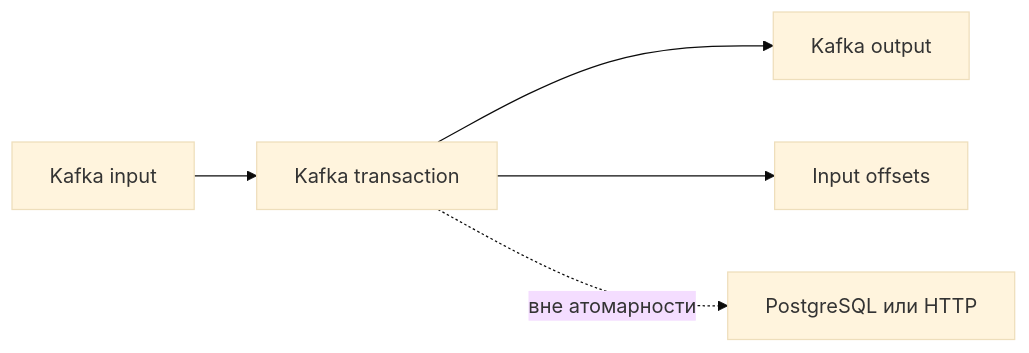
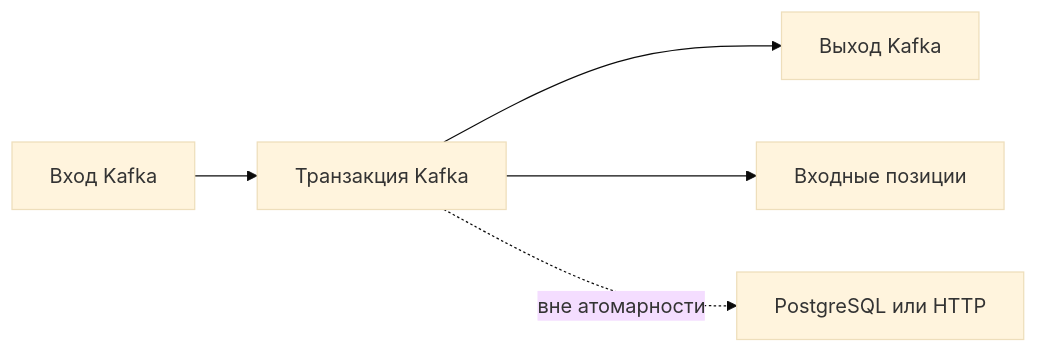
The diagram in docs/messaging/kafka/delivery-semantics.md (leary1337/vault), drawn with Mermaid (base theme) before and after one commit. The commit also changed other lines of this file and 325 other files, not shown here.

````diff
--- a/docs/messaging/kafka/delivery-semantics.md
+++ b/docs/messaging/kafka/delivery-semantics.md
@@ -55,7 +38,7 @@
 ```mermaid
 flowchart LR
-    Input[Kafka input] --> Tx[Kafka transaction]
-    Tx --> Output[Kafka output]
-    Tx --> Offsets[Input offsets]
+    Input[Вход Kafka] --> Tx[Транзакция Kafka]
+    Tx --> Output[Выход Kafka]
+    Tx --> Offsets[Входные позиции]
     Tx -. вне атомарности .-> DB[PostgreSQL или HTTP]
 ```
````
